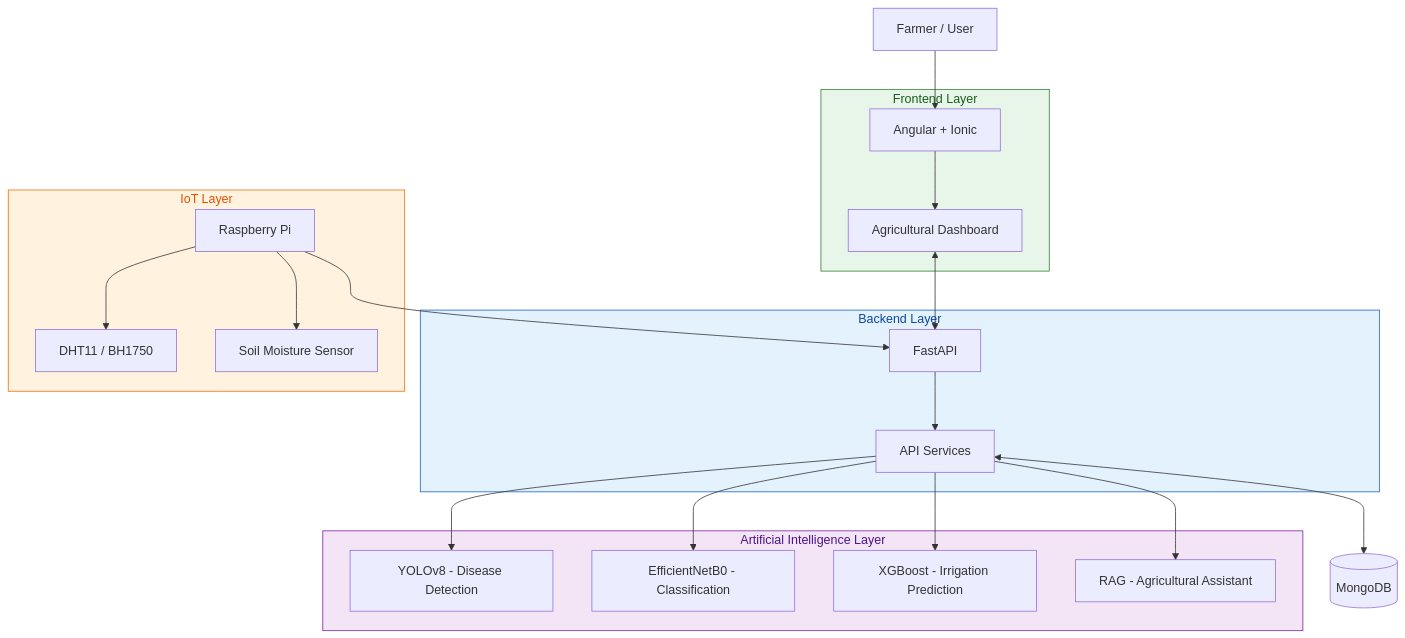
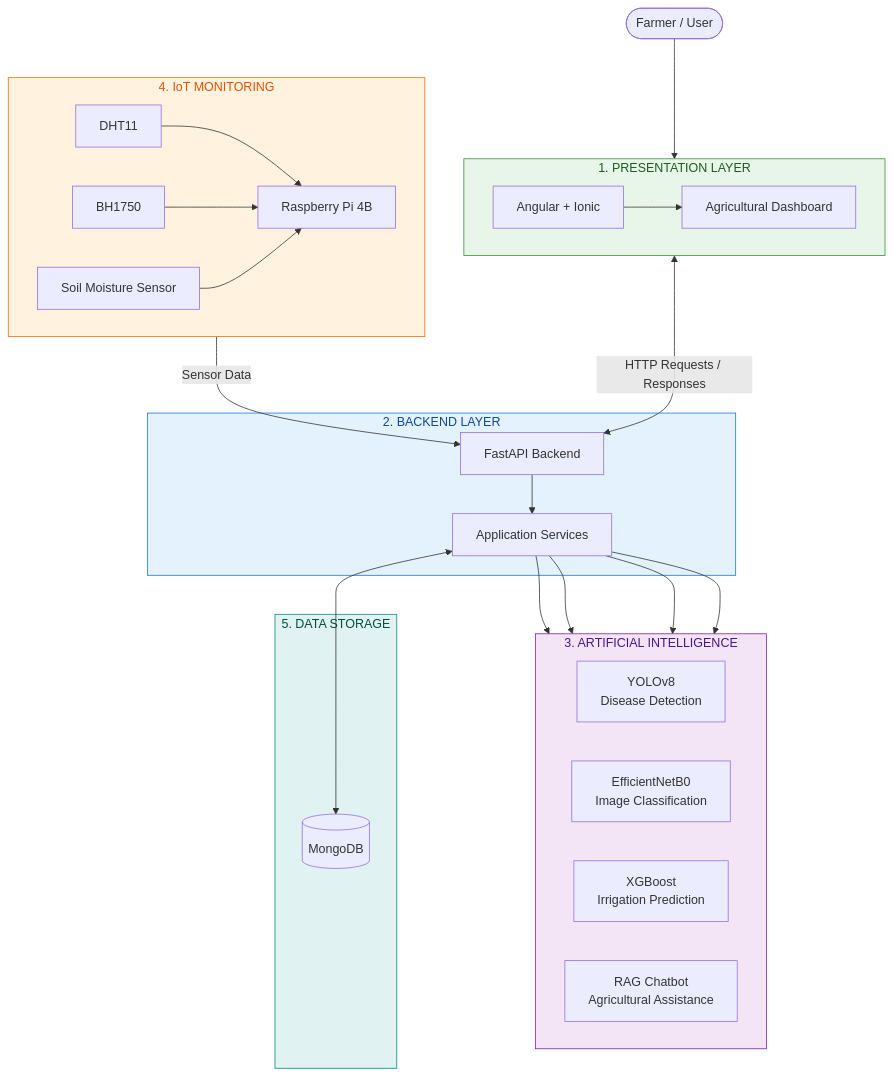
The diagram in assets/diagrams/architecture.md (nizar-jebahi/AgriTunisie-Portfolio), drawn with Mermaid before and after one commit.

````diff
--- a/assets/diagrams/architecture.md
+++ b/assets/diagrams/architecture.md
@@ -4,50 +4,58 @@
 ```mermaid
 flowchart TB
-    U["Farmer / User"]
 
-    subgraph FRONTEND["Frontend Layer"]
-        A["Angular + Ionic"]
-        B["Agricultural Dashboard"]
+    USER(["Farmer / User"])
+
+    subgraph FRONTEND["1. PRESENTATION LAYER"]
+        direction LR
+        APP["Angular + Ionic"]
+        DASH["Agricultural Dashboard"]
+        APP --> DASH
     end
 
-    subgraph BACKEND["Backend Layer"]
-        C["FastAPI"]
-        D["API Services"]
+    subgraph BACKEND["2. BACKEND LAYER"]
+        API["FastAPI Backend"]
+        SERVICES["Application Services"]
+        API --> SERVICES
     end
 
-    subgraph AI["Artificial Intelligence Layer"]
-        E["YOLOv8 - Disease Detection"]
-        F["EfficientNetB0 - Classification"]
-        G["XGBoost - Irrigation Prediction"]
-        H["RAG - Agricultural Assistant"]
+    subgraph AI["3. ARTIFICIAL INTELLIGENCE"]
+        direction LR
+        YOLO["YOLOv8<br/>Disease Detection"]
+        EFF["EfficientNetB0<br/>Image Classification"]
+        XGB["XGBoost<br/>Irrigation Prediction"]
+        RAG["RAG Chatbot<br/>Agricultural Assistance"]
     end
 
-    subgraph IOT["IoT Layer"]
-        I["Raspberry Pi"]
-        J["DHT11 / BH1750"]
-        K["Soil Moisture Sensor"]
+    subgraph IOT["4. IoT MONITORING"]
+        direction LR
+        PI["Raspberry Pi 4B"]
+        DHT["DHT11"]
+        BH["BH1750"]
+        SOIL["Soil Moisture Sensor"]
+        DHT --> PI
+        BH --> PI
+        SOIL --> PI
     end
 
-    L[("MongoDB")]
+    subgraph DATA["5. DATA STORAGE"]
+        DB[("MongoDB")]
+    end
 
-    U --> A
-    A --> B
-    B <--> C
-    C --> D
+    USER --> APP
+    DASH <-->|HTTP Requests / Responses| API
 
-    D --> E
-    D --> F
-    D --> G
-    D --> H
+    SERVICES --> YOLO
+    SERVICES --> EFF
+    SERVICES --> XGB
+    SERVICES --> RAG
 
-    I --> J
-    I --> K
-    I --> C
+    PI -->|Sensor Data| API
+    SERVICES <--> DB
 
-    D <--> L
-
-    style FRONTEND fill:#e8f5e9,stroke:#2e7d32,color:#1b5e20
-    style BACKEND fill:#e3f2fd,stroke:#1565c0,color:#0d47a1
-    style AI fill:#f3e5f5,stroke:#7b1fa2,color:#4a148c
-    style IOT fill:#fff3e0,stroke:#ef6c00,color:#e65100
+    style FRONTEND fill:#E8F5E9,stroke:#388E3C,color:#1B5E20
+    style BACKEND fill:#E3F2FD,stroke:#1976D2,color:#0D47A1
+    style AI fill:#F3E5F5,stroke:#7B1FA2,color:#4A148C
+    style IOT fill:#FFF3E0,stroke:#EF6C00,color:#E65100
+    style DATA fill:#E0F2F1,stroke:#00897B,color:#004D40
 ```
````
